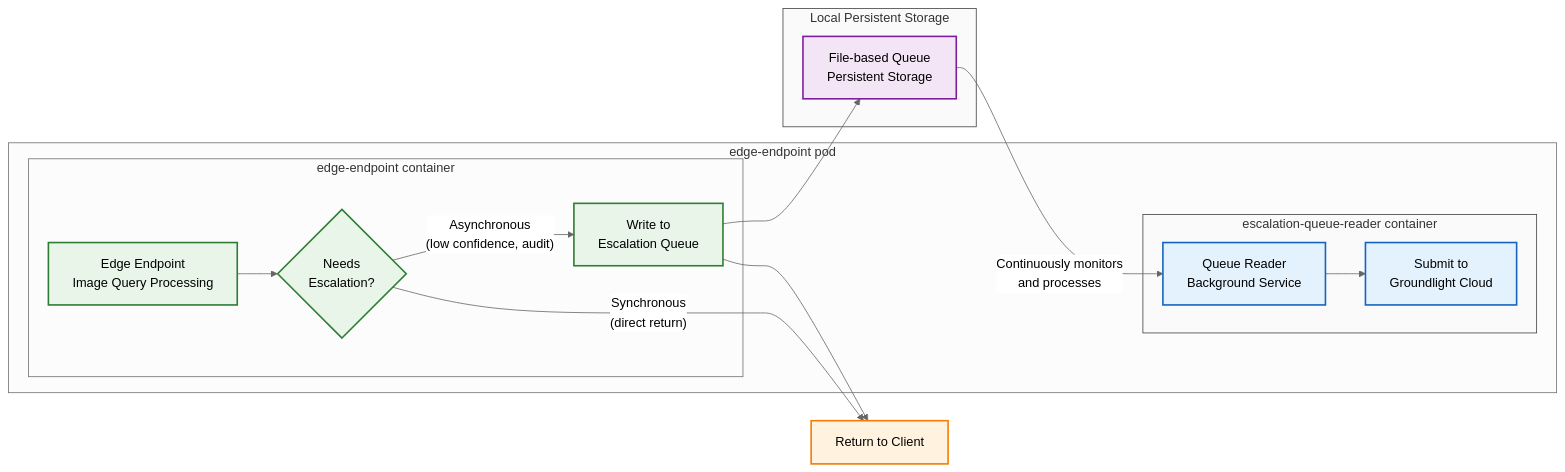
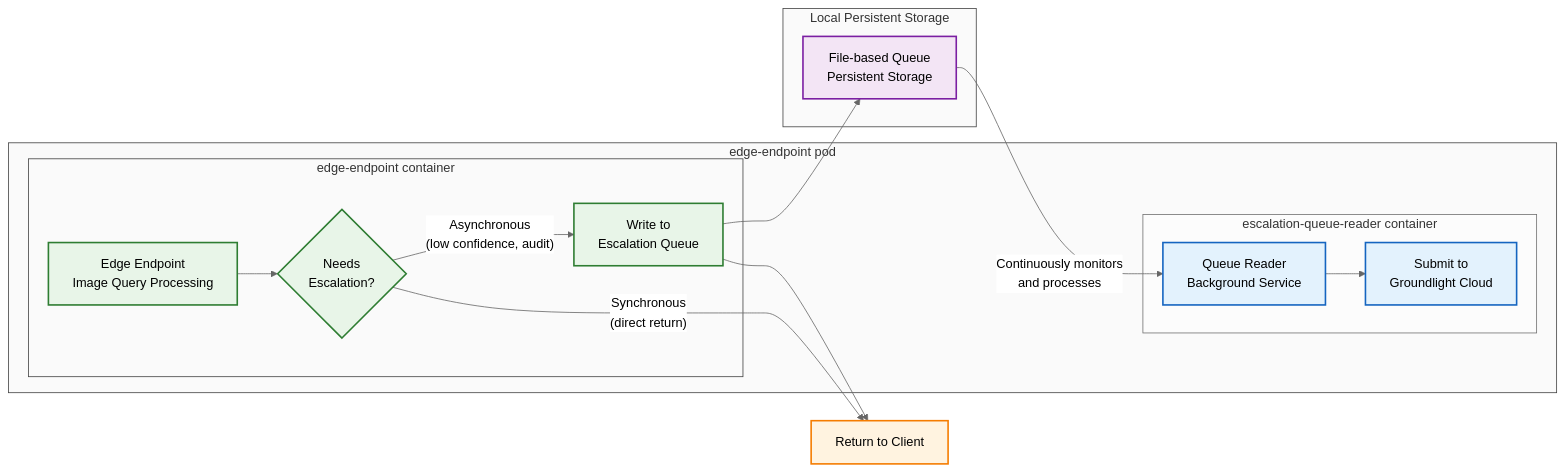
The diagram in ESCALATION-QUEUE.md (groundlight/edge-endpoint), drawn with Mermaid (neutral theme) before and after one commit.

````diff
--- a/ESCALATION-QUEUE.md
+++ b/ESCALATION-QUEUE.md
@@ -11,48 +11,48 @@
 ```mermaid
 flowchart LR
     subgraph POD ["edge-endpoint pod"]
         subgraph CONT1 ["edge-endpoint container"]
             EDGE[Edge Endpoint<br/>Image Query Processing]
             DECISION{Needs<br/>Escalation?}
             QUEUE_WRITE[Write to<br/>Escalation Queue]
         end
         
         subgraph CONT2 ["escalation-queue-reader container"]
             QUEUE_READ[Queue Reader<br/>Background Service]
             CLOUD_SUBMIT[Submit to<br/>Groundlight Cloud]
         end
     end
     
     subgraph STORAGE ["Local Persistent Storage"]
         QUEUE[File-based Queue<br/>Persistent Storage]
     end
     
     %% Main Flow
     EDGE --> DECISION
     DECISION -->|"Asynchronous<br/>(low confidence, audit)"| QUEUE_WRITE
     DECISION -->|"Synchronous<br/>(direct return)"| RESPONSE[Return to Client]
     QUEUE_WRITE --> QUEUE
     QUEUE_WRITE --> RESPONSE
     
     %% Background Flow
     QUEUE --> |Continuously monitors<br/>and processes| QUEUE_READ
     QUEUE_READ --> CLOUD_SUBMIT
     
     %% Individual node styling
     classDef nodeMain fill:#e8f5e8,stroke:#2e7d32,stroke-width:2px,color:#000000
     classDef nodeStorage fill:#f3e5f5,stroke:#7b1fa2,stroke-width:2px,color:#000000
     classDef nodeBackground fill:#e3f2fd,stroke:#1565c0,stroke-width:2px,color:#000000
     classDef nodeResponse fill:#fff3e0,stroke:#f57c00,stroke-width:2px,color:#000000
     
     %% Subgraph styling (big container backgrounds)
     classDef subgraphOffWhite fill:#fafafa,stroke:#424242,stroke-width:1px
     
     %% Apply node styles (individual rectangles/shapes)
     class EDGE,DECISION,QUEUE_WRITE nodeMain
     class QUEUE nodeStorage
     class QUEUE_READ,CLOUD_SUBMIT nodeBackground
     class RESPONSE nodeResponse
     
-    %% Apply subgraph styles (big container backgrounds to off-white)
-    class CONT2,STORAGE subgraphOffWhite
+    %% Apply subgraph styles (big container backgrounds)
+    class POD,CONT1,STORAGE subgraphOffWhite
 ```
````
